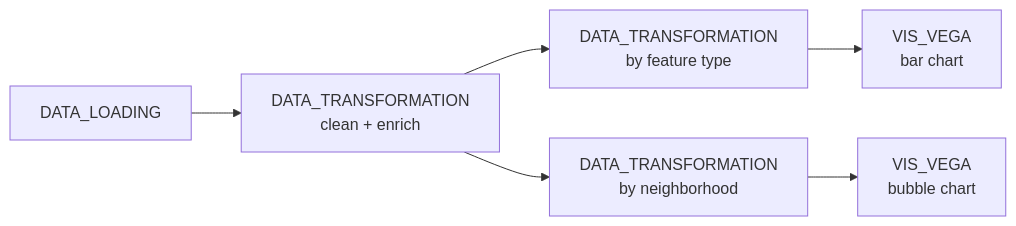
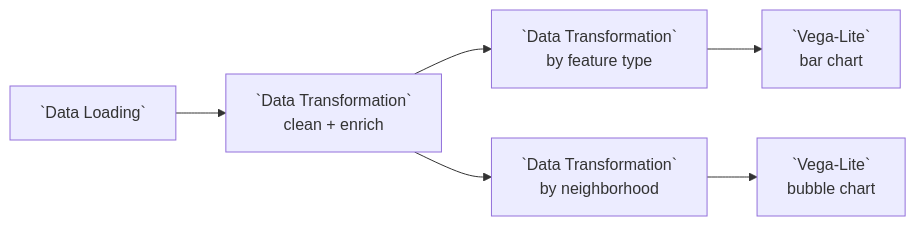
One commit to urban-toolkit/curio changed the diagram in docs/examples/01-vega-lite-chained-transforms.md. Above: the diagram before and after it, drawn with Mermaid. The commit also changed other lines of this file and 11 other files, not shown here.

````diff
--- a/docs/examples/01-vega-lite-chained-transforms.md
+++ b/docs/examples/01-vega-lite-chained-transforms.md
@@ -7,6 +7,6 @@
 ```mermaid
 flowchart LR
-  L[DATA_LOADING] --> C[DATA_TRANSFORMATION<br/>clean + enrich]
-  C --> F[DATA_TRANSFORMATION<br/>by feature type] --> VF[VIS_VEGA<br/>bar chart]
-  C --> N[DATA_TRANSFORMATION<br/>by neighborhood] --> VN[VIS_VEGA<br/>bubble chart]
+  L[`Data Loading`] --> C[`Data Transformation`<br/>clean + enrich]
+  C --> F[`Data Transformation`<br/>by feature type] --> VF[`Vega-Lite`<br/>bar chart]
+  C --> N[`Data Transformation`<br/>by neighborhood] --> VN[`Vega-Lite`<br/>bubble chart]
 ```
````
